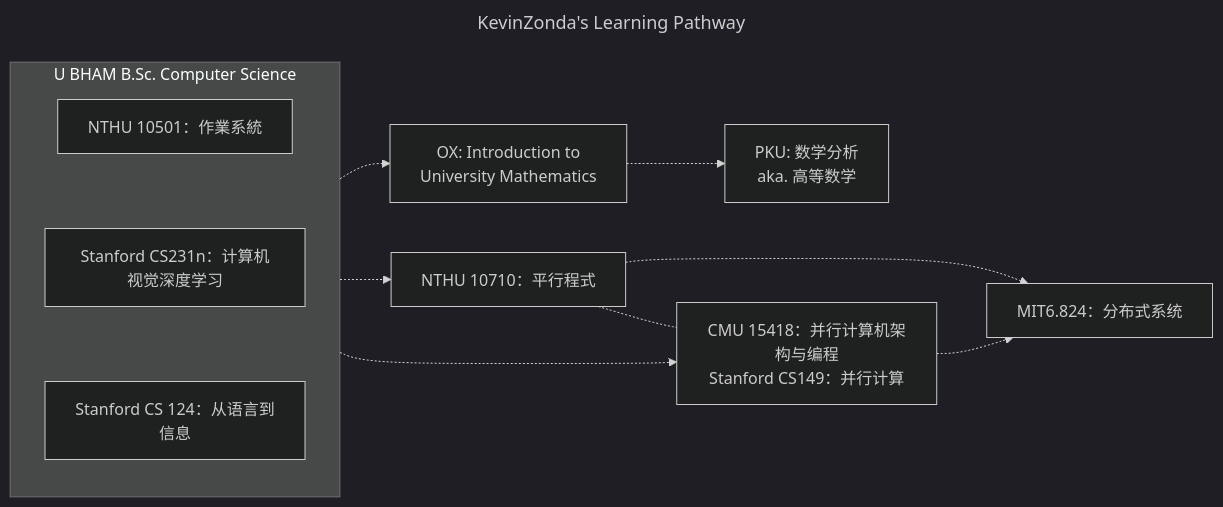
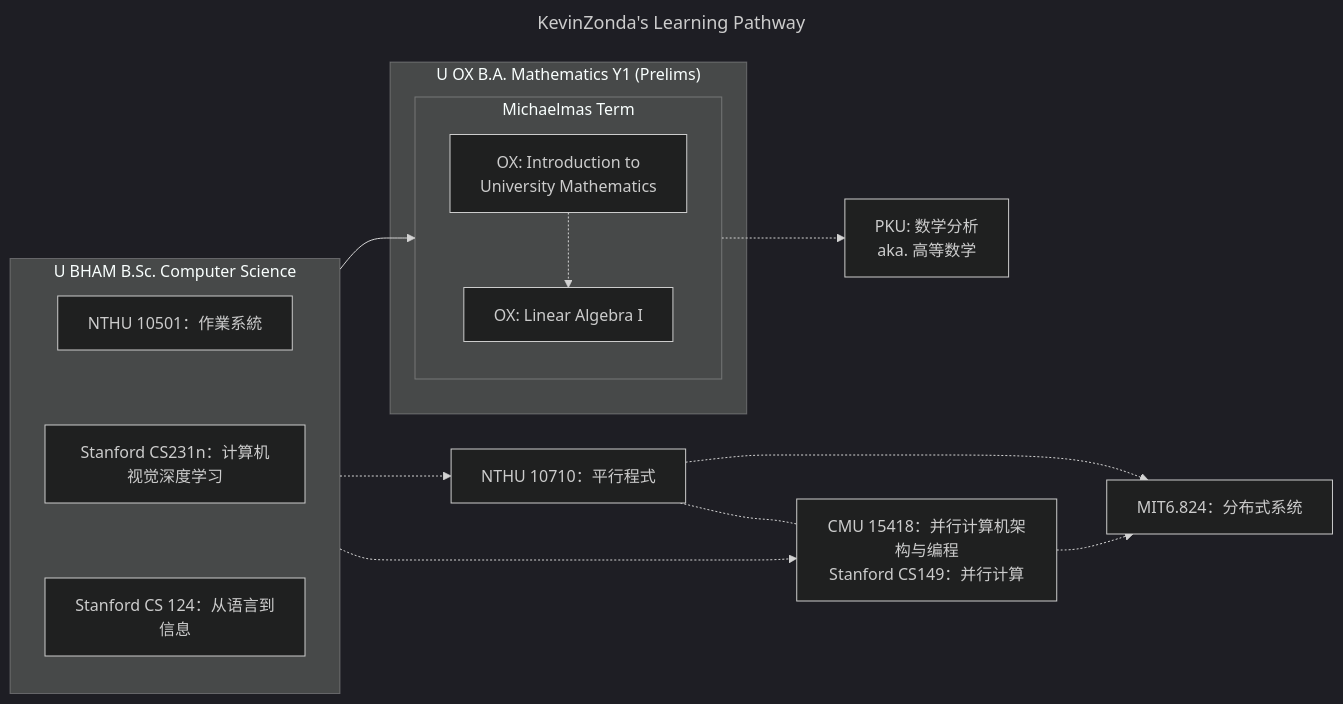
One commit to KevinNote/Pathway changed the diagram in README.md. Above: the diagram before and after it, drawn with Mermaid (dark theme).

````diff
--- a/README.md
+++ b/README.md
@@ -1,32 +1,41 @@
 ```mermaid
 ---
 title: KevinZonda's Learning Pathway
 ---
 flowchart LR
   subgraph UOB[U BHAM B.Sc. Computer Science]
     direction TB
     NTHU_OS[NTHU 10501：作業系統]
     S_CVDL[Stanford CS231n：计算机视觉深度学习]
     S_NLP[Stanford CS 124：从语言到信息]
     NTHU_OS ~~~ S_CVDL
     S_CVDL ~~~ S_NLP
   end
 
-  OX_IntroUniMath[OX: Introduction to<br>University Mathematics]
+  subgraph OX_M_Y1["U OX B.A. Mathematics Y1 (Prelims)"]
+    subgraph OX_M_Y1_T1[Michaelmas Term]
+      direction TB
+      OX_IntroUniMath[OX: Introduction to<br>University Mathematics]
+      OX_LinearAlg1[OX: Linear Algebra I]
+    end
+  end
+
+  
   PKU_MathAnalysis[PKU: 数学分析<br>aka. 高等数学]
   
   NTHU_Parallel[NTHU 10710：平行程式]
   CMU_Parallel[CMU 15418：并行计算机架构与编程<br>Stanford CS149：并行计算]
   NTHU_Parallel -.- CMU_Parallel
   MIT_DistSys[MIT6.824：分布式系统]
   
 
   UOB -.-> NTHU_Parallel
   UOB -.-> CMU_Parallel
   NTHU_Parallel -.-> MIT_DistSys
   CMU_Parallel -.-> MIT_DistSys
 
-  UOB -.-> OX_IntroUniMath
+  UOB --> OX_IntroUniMath
+  OX_IntroUniMath -.-> OX_LinearAlg1
   OX_IntroUniMath -.-> PKU_MathAnalysis
   
 ```
````
